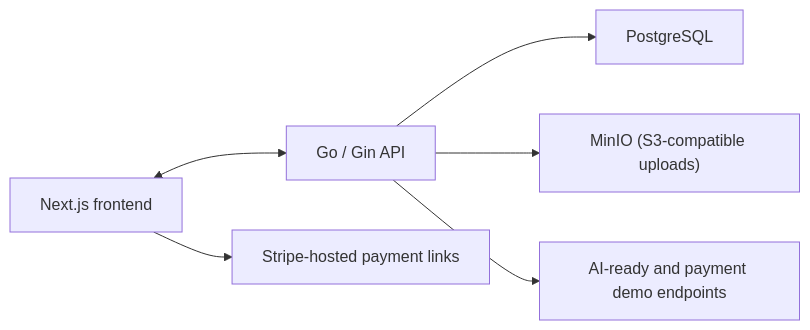
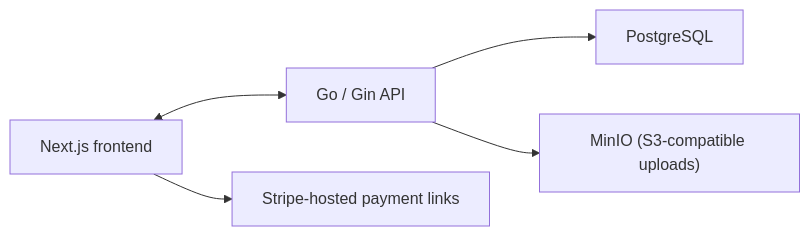
The second of 2 diagrams in README.md (2026-ASU-WiCS-Opportunity-Hack/28-shawarmaalgo), drawn with Mermaid before and after one commit.

````diff
--- a/README.md
+++ b/README.md
@@ -56,8 +56,7 @@
 ```mermaid
 flowchart LR
   Frontend["Next.js frontend"] <--> API["Go / Gin API"]
   API --> DB["PostgreSQL"]
   API --> Storage["MinIO (S3-compatible uploads)"]
   Frontend --> Stripe["Stripe-hosted payment links"]
-  API --> Demo["AI-ready and payment demo endpoints"]
 ```
````
